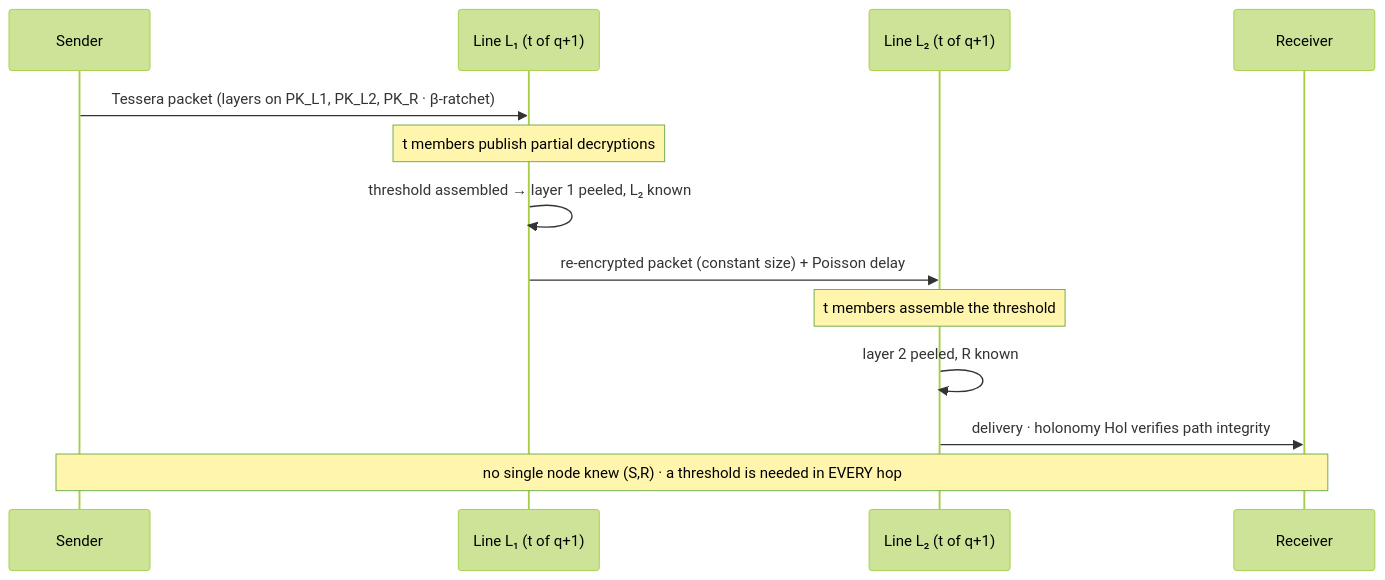
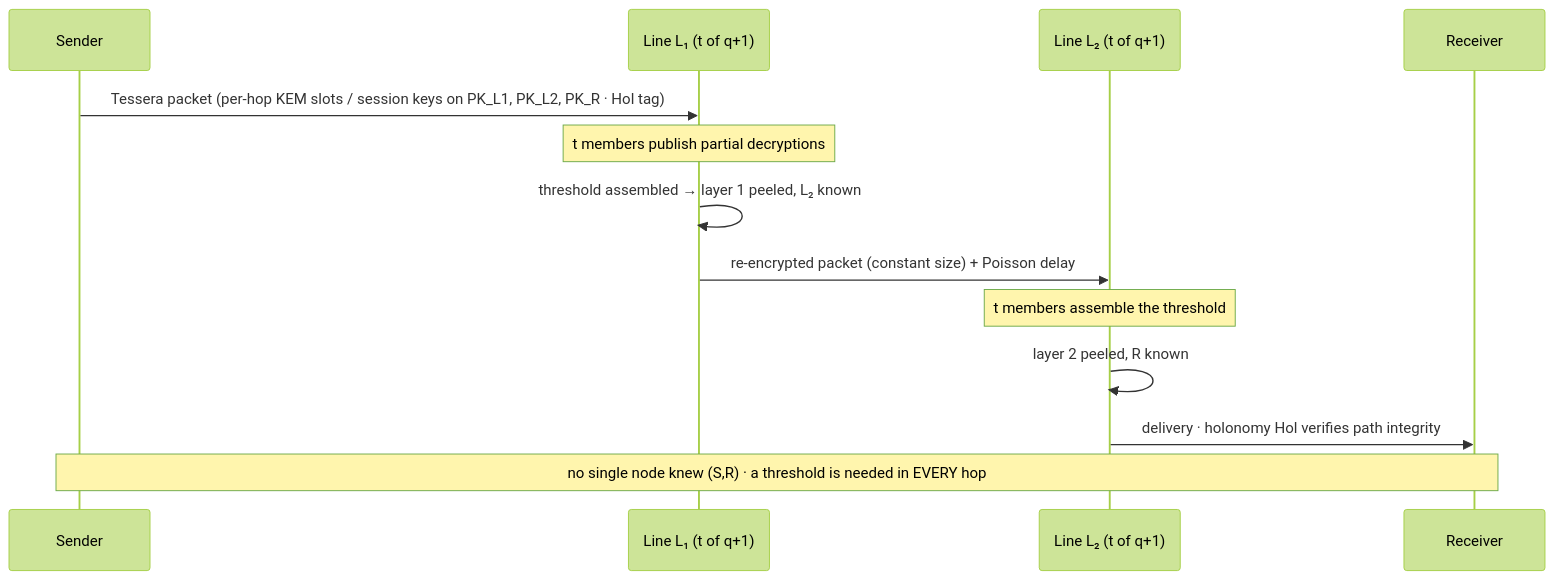
Before and after one commit to gst-st/uhm: the fourth of 8 diagrams in website/docs/applied/fanos/00-fanos-specification.md, drawn with Mermaid (forest theme). The commit also changed other lines of this file and 376 other files, not shown here.

First line of the commit message:
Refactor UHM canon, decontaminate architecture, and verify EN/RU parity

````diff
--- a/website/docs/applied/fanos/00-fanos-specification.md
+++ b/website/docs/applied/fanos/00-fanos-specification.md
@@ -494,15 +501,15 @@
 ```mermaid
 sequenceDiagram
     participant S as Sender
     participant L1 as Line L₁ (t of q+1)
     participant L2 as Line L₂ (t of q+1)
     participant R as Receiver
-    S->>L1: Tessera packet (layers on PK_L1, PK_L2, PK_R · β-ratchet)
+    S->>L1: Tessera packet (per-hop KEM slots / session keys on PK_L1, PK_L2, PK_R · Hol tag)
     Note over L1: t members publish partial decryptions
     L1->>L1: threshold assembled → layer 1 peeled, L₂ known
     L1->>L2: re-encrypted packet (constant size) + Poisson delay
     Note over L2: t members assemble the threshold
     L2->>L2: layer 2 peeled, R known
     L2->>R: delivery · holonomy Hol verifies path integrity
     Note over S,R: no single node knew (S,R) · a threshold is needed in EVERY hop
 ```
````
